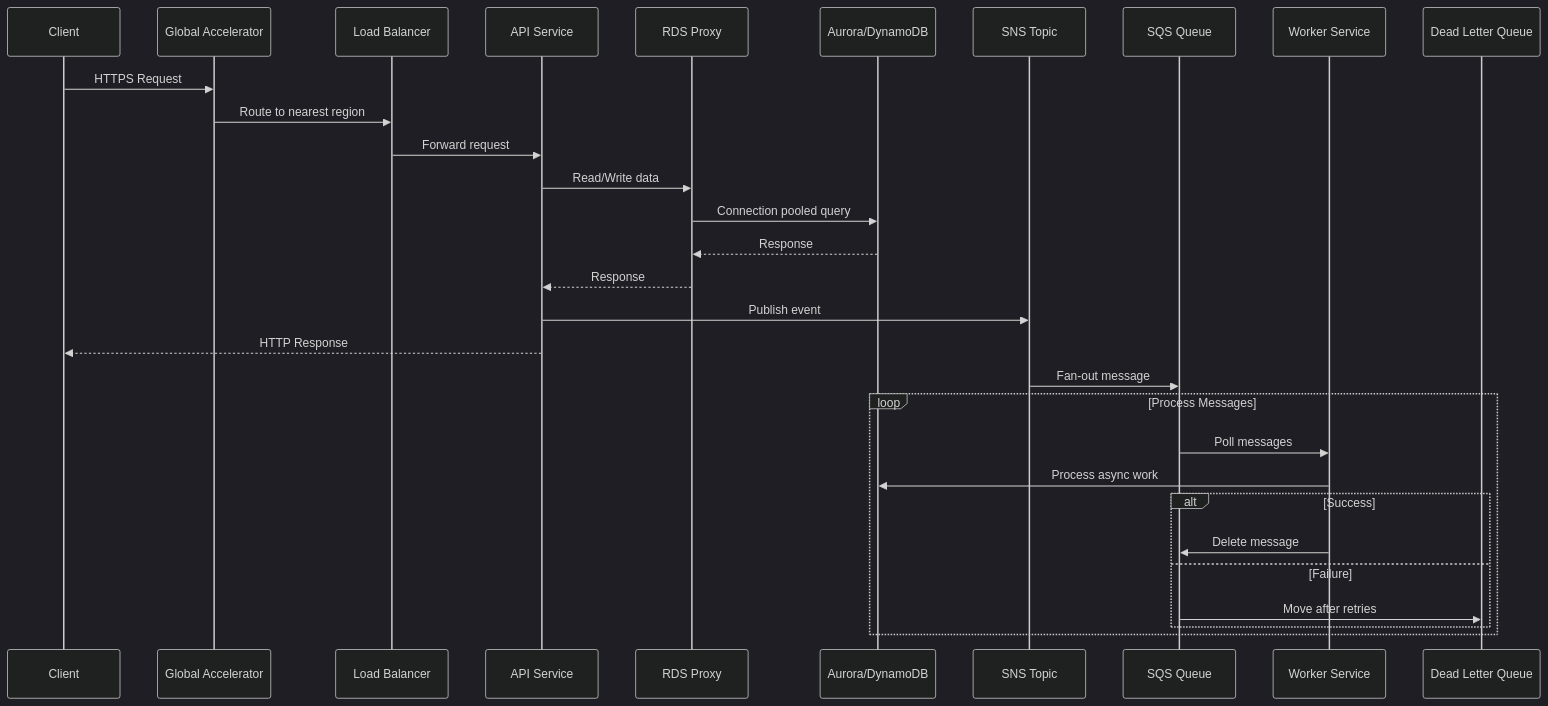
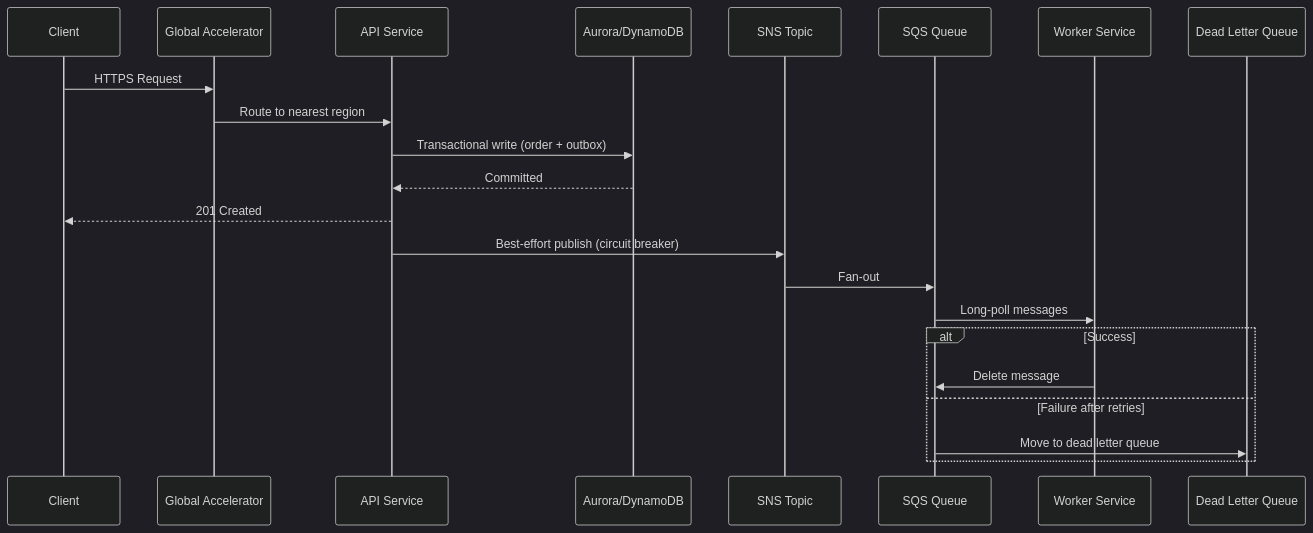
One commit to gufranco/aws-multiregion-stack changed the second of 2 diagrams in README.md. Above: the diagram before and after it, drawn with Mermaid (dark theme). The commit also changed other lines of this file, not shown here.

````diff
--- a/README.md
+++ b/README.md
@@ -163,37 +164,25 @@
 ```mermaid
 sequenceDiagram
     participant Client
     participant GA as Global Accelerator
-    participant ALB as Load Balancer
     participant API as API Service
-    participant Proxy as RDS Proxy
     participant DB as Aurora/DynamoDB
     participant SNS as SNS Topic
     participant SQS as SQS Queue
     participant Worker as Worker Service
     participant DLQ as Dead Letter Queue
 
     Client->>GA: HTTPS Request
-    GA->>ALB: Route to nearest region
-    ALB->>API: Forward request
-
-    API->>Proxy: Read/Write data
-    Proxy->>DB: Connection pooled query
-    DB-->>Proxy: Response
-    Proxy-->>API: Response
-
-    API->>SNS: Publish event
-    API-->>Client: HTTP Response
-
-    SNS->>SQS: Fan-out message
-
-    loop Process Messages
-        SQS->>Worker: Poll messages
-        Worker->>DB: Process async work
-        alt Success
-            Worker->>SQS: Delete message
-        else Failure
-            SQS->>DLQ: Move after retries
-        end
+    GA->>API: Route to nearest region
+    API->>DB: Transactional write (order + outbox)
+    DB-->>API: Committed
+    API-->>Client: 201 Created
+    API->>SNS: Best-effort publish (circuit breaker)
+    SNS->>SQS: Fan-out
+    SQS->>Worker: Long-poll messages
+    alt Success
+        Worker->>SQS: Delete message
+    else Failure after retries
+        SQS->>DLQ: Move to dead letter queue
     end
 ```
````
